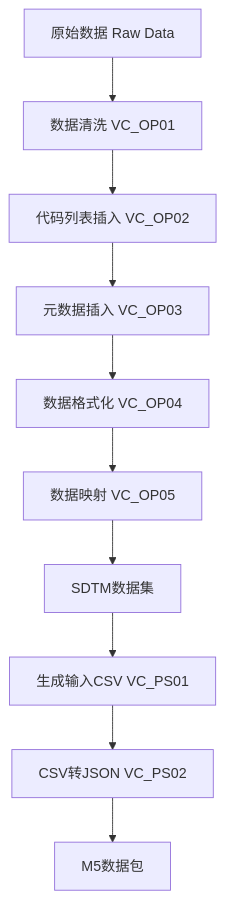
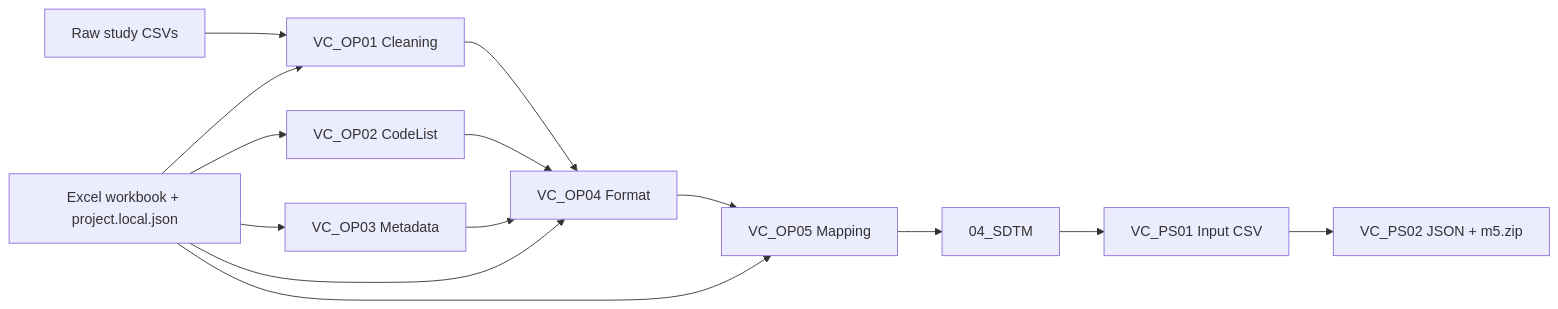
One commit to hakupao/SDTM-Mapping-System changed the diagram in README.md. Above: the diagram before and after it, drawn with Mermaid. The commit also changed other lines of this file and 2 other files, not shown here.

````diff
--- a/README.md
+++ b/README.md
@@ -132,12 +100,16 @@
 ```mermaid
-graph TD
-    A[原始数据 Raw Data] --> B[数据清洗 VC_OP01]
-    B --> C[代码列表插入 VC_OP02]
-    C --> D[元数据插入 VC_OP03]
-    D --> E[数据格式化 VC_OP04]
-    E --> F[数据映射 VC_OP05]
-    F --> G[SDTM数据集]
-    G --> H[生成输入CSV VC_PS01]
-    H --> I[CSV转JSON VC_PS02]
-    I --> J[M5数据包]
+flowchart LR
+    A["Raw study CSVs"] --> B["VC_OP01 Cleaning"]
+    W["Excel workbook + project.local.json"] --> B
+    W --> C["VC_OP02 CodeList"]
+    W --> D["VC_OP03 Metadata"]
+    W --> E["VC_OP04 Format"]
+    W --> F["VC_OP05 Mapping"]
+    B --> E
+    C --> E
+    D --> E
+    E --> F
+    F --> G["04_SDTM"]
+    G --> H["VC_PS01 Input CSV"]
+    H --> I["VC_PS02 JSON + m5.zip"]
 ```
````
